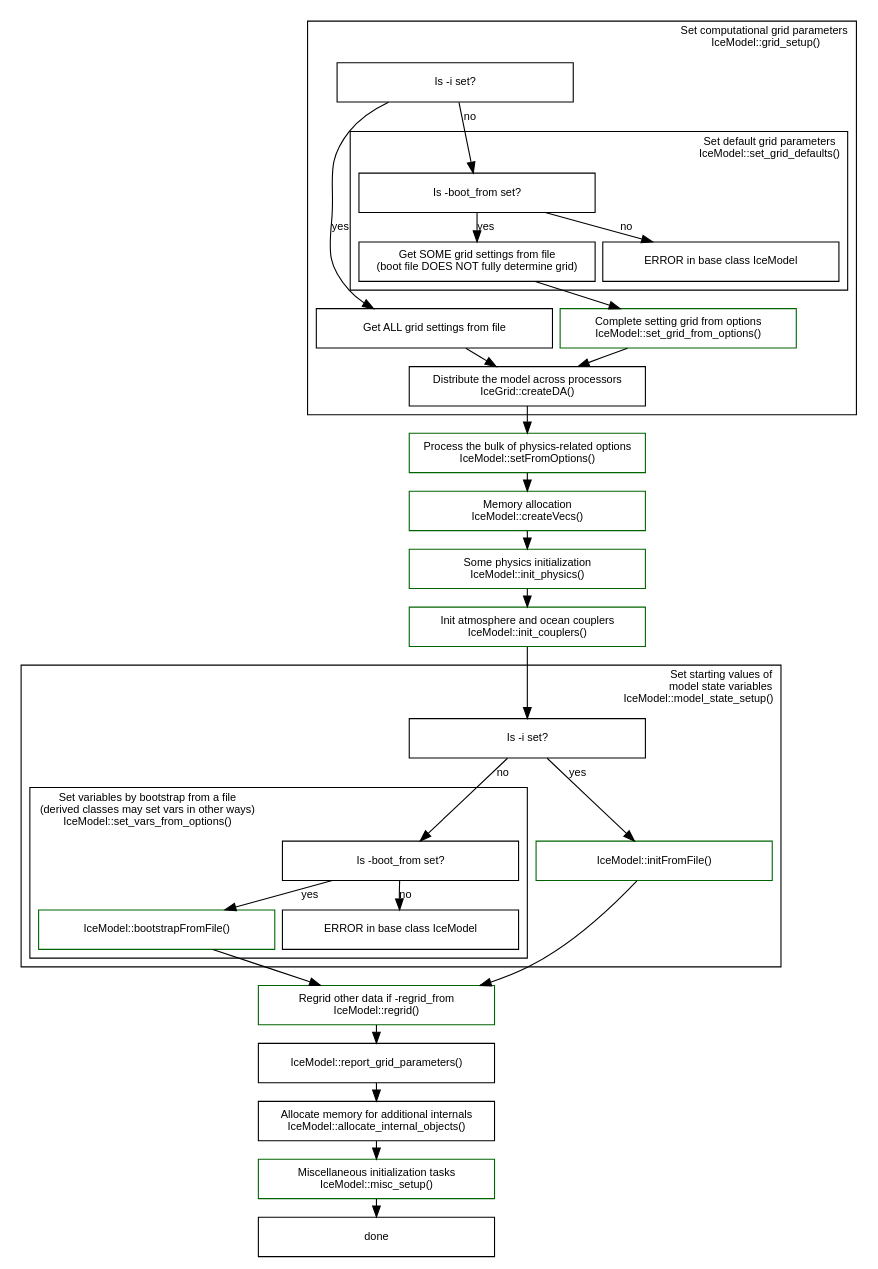
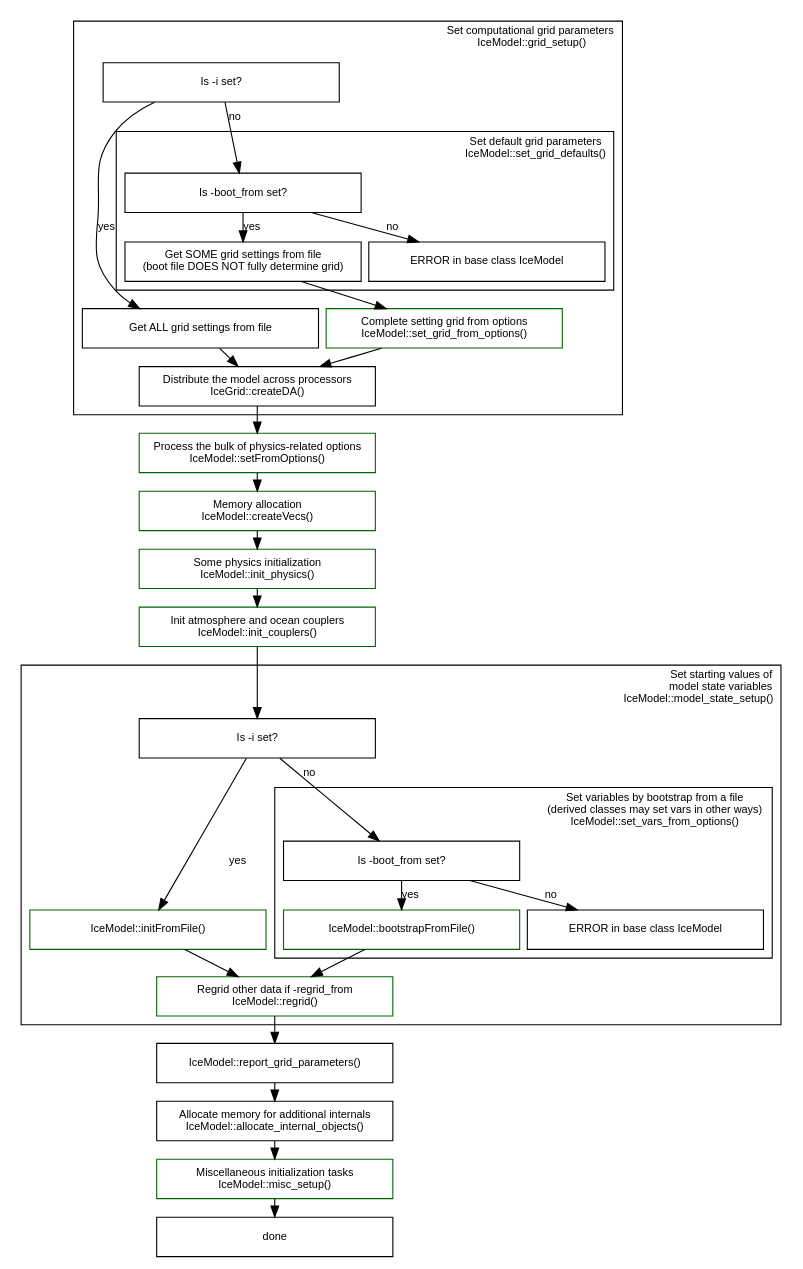
Before and after one commit to pism/pism: the diagram in doc/initialization-sequence.dot, drawn with Graphviz. The commit also changed 4 other files, not shown here.

```diff
--- a/doc/initialization-sequence.dot
+++ b/doc/initialization-sequence.dot
@@ -1,102 +1,103 @@
 // Use
 // dot -Tpng initialization-sequence.dot -o initialization-sequence.png
 // to create the picture.
 
 digraph pism_init {
   // Global graph parameters
   node [fontname=Arial fontsize=10 shape=box width=3];
   edge [fontname=Arial fontsize=10];
   graph [fontname=Arial fontsize=10 ranksep=0.1 nodesep=0.1];
 
   subgraph cluster_grid {
     label = "Set computational grid parameters\rIceModel::grid_setup()";
     URL = "\ref IceModel::grid_setup()";
     labeljust = r;
 
     is_i_set1 [label = "Is -i set?"];
 
     grid_from_file [label = "Get ALL grid settings from file" URL="\ref NCTool::get_grid()"];
 
     subgraph cluster_set_grid_defaults {
       label = "Set default grid parameters\nIceModel::set_grid_defaults()";
       labeljust = r;
       URL = "\ref IceModel::set_grid_defaults()";
 
       is_boot_from_set1 [label = "Is -boot_from set?"];
       
       grid_from_boot_file [label = "Get SOME grid settings from file\n(boot file DOES NOT fully determine grid)" URL="\ref NCTool::get_grid()"];
       
       fail_in_IceModel1 [label = "ERROR in base class IceModel"]
       
       is_boot_from_set1 -> grid_from_boot_file [label = "yes"];
       is_boot_from_set1 -> fail_in_IceModel1 [label = "no"];
 
     }
 
     is_i_set1 -> is_boot_from_set1 [label = "no"];
     is_i_set1 -> grid_from_file [label = "yes"];
 
     grid_from_options [label = "Complete setting grid from options\nIceModel::set_grid_from_options()" color=darkgreen URL="\ref IceModel::set_grid_from_options()"];
       
     grid_from_boot_file -> grid_from_options;
 
     createDA [label = "Distribute the model across processors\nIceGrid::createDA()" URL="\ref IceGrid::createDA()"];
     {grid_from_file grid_from_options} -> createDA;
   }
 
   setFromOptions [label = "Process the bulk of physics-related options\nIceModel::setFromOptions()" color=darkgreen URL="\ref IceModel::setFromOptions()"];
   createDA -> setFromOptions;
   
   createVecs [label = "Memory allocation\nIceModel::createVecs()" color=darkgreen URL="\ref IceModel::createVecs()"];
   setFromOptions -> createVecs;
 
   init_physics [label = "Some physics initialization\nIceModel::init_physics()" color=darkgreen URL="\ref IceModel::init_physics()"];
   createVecs -> init_physics;
 
   init_couplers [label = "Init atmosphere and ocean couplers\nIceModel::init_couplers()" color=darkgreen URL="\ref IceModel::init_couplers()"];
   init_physics -> init_couplers;
 
   init_couplers -> is_i_set2;
 
   subgraph cluster_model_state {
     label = "Set starting values of\rmodel state variables\rIceModel::model_state_setup()";
     labeljust = r;
     URL = "\ref IceModel::model_state_setup()";
 
     is_i_set2 [label = "Is -i set?"];
 
     initFromFile [label = "IceModel::initFromFile()" color=darkgreen URL="\ref IceModel::initFromFile()"];
     
     subgraph cluster_set_values_from_options {
       label = "Set variables by bootstrap from a file\n(derived classes may set vars in other ways) \nIceModel::set_vars_from_options()";
-      labeljust = l;
+      labeljust = r;
       URL = "\ref IceModel::set_vars_from_options()";
 
       is_boot_from_set [label = "Is -boot_from set?"];
       
       bootstrap_from_file [label = "IceModel::bootstrapFromFile()" color=darkgreen URL="\ref IceModel::bootstrapFromFile()"];
       
       fail_in_IceModel [label = "ERROR in base class IceModel"]
       
       is_boot_from_set -> bootstrap_from_file [label = "yes"];
       is_boot_from_set -> fail_in_IceModel [label = "no"];
       
     }
     is_i_set2 -> initFromFile [label = "yes"];
     is_i_set2 -> is_boot_from_set [label = "no"];
+
+    regrid [label = "Regrid other data if -regrid_from\nIceModel::regrid()" color=darkgreen URL="\ref IceModel::regrid()"];
+    {initFromFile bootstrap_from_file} -> regrid;
   }  
 
-  regrid [label = "Regrid other data if -regrid_from\nIceModel::regrid()" color=darkgreen URL="\ref IceModel::regrid()"];
-  {initFromFile bootstrap_from_file} -> regrid;
 
   report [label = "IceModel::report_grid_parameters()" URL="\ref IceModel::report_grid_parameters()"];
   regrid -> report;
 
   allocate_internal_objects [label = "Allocate memory for additional internals\nIceModel::allocate_internal_objects()" URL="\ref IceModel::allocate_internal_objects()"];
   report -> allocate_internal_objects;
 
   misc [label = "Miscellaneous initialization tasks\nIceModel::misc_setup()" color=darkgreen URL="\ref IceModel::misc_setup()"];
   allocate_internal_objects -> misc;
 
   misc -> done;
 }
```
